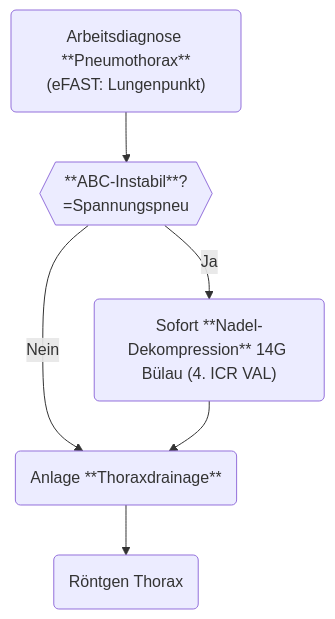
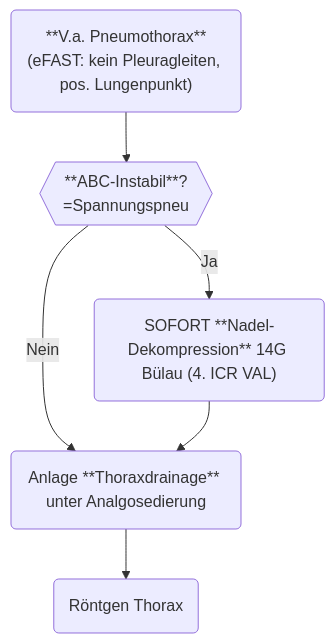
The diagram in content/Pneu.md (vncntwbr/notfallbausteine), drawn with Mermaid before and after one commit.

Commit message:
Quartz sync: Mar 28, 2026, 4:19 PM

````diff
--- a/content/Pneu.md
+++ b/content/Pneu.md
@@ -16,10 +16,10 @@
 ```mermaid
 flowchart TD
-    A("Arbeitsdiagnose **Pneumothorax**<br>(eFAST: Lungenpunkt)") --> B{{"**ABC-Instabil**?<br>=Spannungspneu"}}
-    B -->|Ja| C("Sofort **Nadel-Dekompression** 14G Bülau (4. ICR VAL)")
-    B -->|Nein| D(Anlage **Thoraxdrainage**)
+    A("**V.a. Pneumothorax**<br>(eFAST: kein Pleuragleiten, pos. Lungenpunkt)") --> B{{"**ABC-Instabil**?<br>=Spannungspneu"}}
+    B -->|Ja| C("SOFORT **Nadel-Dekompression** 14G Bülau (4. ICR VAL)")
+    B -->|Nein| D(Anlage **Thoraxdrainage** unter Analgosedierung)
     C --> D
     D --> E(Röntgen Thorax)
     click C "https://www.github.com" "Open this in a new tab" _blank
     click D "https://www.github.com" "Open this in a new tab" _blank
 ```
````
